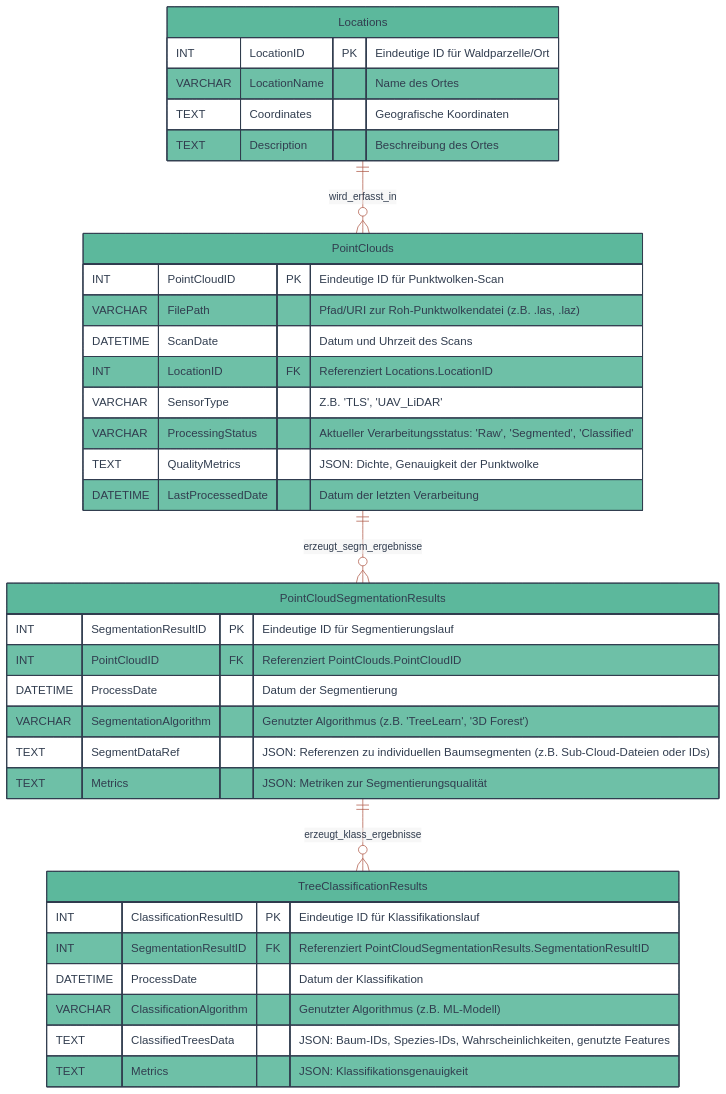
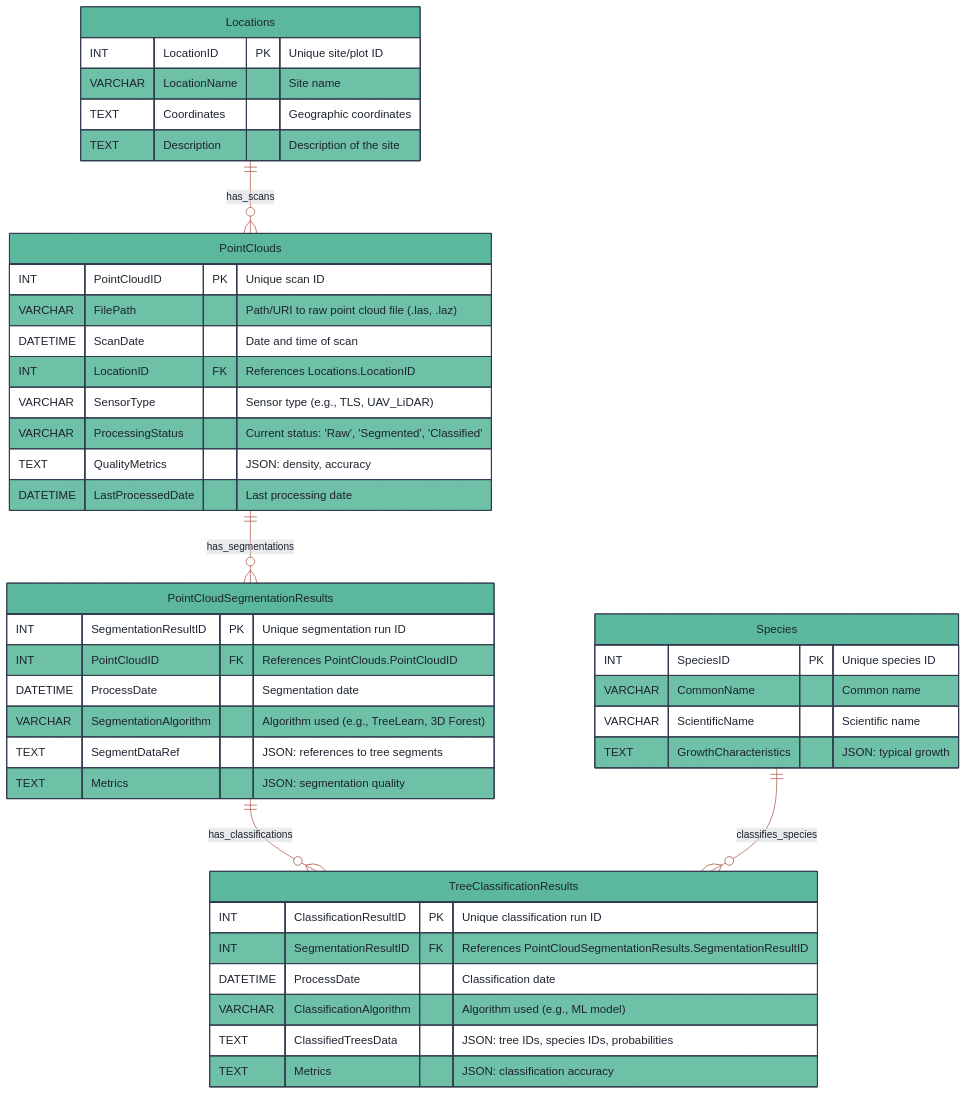
One commit to XRFutureForests/digital-twin-db changed the first of 3 diagrams in docs/database_design.md. Above: the diagram before and after it, drawn with Mermaid. The commit also changed other lines of this file, not shown here.

````diff
--- a/docs/database_design.md
+++ b/docs/database_design.md
@@ -9,61 +11,69 @@
 ```mermaid
 %%{
   init: {
     'theme': 'base',
     'themeVariables': {
       'background': '#FFFFFF',
       'fontFamily': 'verdana',
       'lineColor': '#ad5643',
       'primaryColor': '#5cb89c',
-      'primaryTextColor': '#313d4f',
+      'primaryTextColor': '#1d242f',
       'primaryBorderColor': '#313d4f',
-      'secondaryColor': '#ad5643',
-      'secondaryTextColor': '#F0F0F0',
+      'secondaryColor': '#d6aaa1',
+      'secondaryTextColor': '#1d242f',
       'secondaryBorderColor': '#ad5643',
-      'tertiaryColor': '#F0F0F0',
-      'tertiaryTextColor': '#000000',
+      'tertiaryColor': '#d5d8db',
+      'tertiaryTextColor': '#1d242f',
       'tertiaryBorderColor': '#313d4f'
     }
   }
 }%%
 erDiagram
     Locations {
-        INT LocationID PK "Eindeutige ID für Waldparzelle/Ort"
-        VARCHAR LocationName "Name des Ortes"
-        TEXT Coordinates "Geografische Koordinaten"
-        TEXT Description "Beschreibung des Ortes"
+        INT LocationID PK "Unique site/plot ID"
+        VARCHAR LocationName "Site name"
+        TEXT Coordinates "Geographic coordinates"
+        TEXT Description "Description of the site"
     }
 
     PointClouds {
-        INT PointCloudID PK "Eindeutige ID für Punktwolken-Scan"
-        VARCHAR FilePath "Pfad/URI zur Roh-Punktwolkendatei (z.B. .las, .laz)"
-        DATETIME ScanDate "Datum und Uhrzeit des Scans"
-        INT LocationID FK "Referenziert Locations.LocationID"
-        VARCHAR SensorType "Z.B. 'TLS', 'UAV_LiDAR'"
-        VARCHAR ProcessingStatus "Aktueller Verarbeitungsstatus: 'Raw', 'Segmented', 'Classified'"
-        TEXT QualityMetrics "JSON: Dichte, Genauigkeit der Punktwolke"
-        DATETIME LastProcessedDate "Datum der letzten Verarbeitung"
+        INT PointCloudID PK "Unique scan ID"
+        VARCHAR FilePath "Path/URI to raw point cloud file (.las, .laz)"
+        DATETIME ScanDate "Date and time of scan"
+        INT LocationID FK "References Locations.LocationID"
+        VARCHAR SensorType "Sensor type (e.g., TLS, UAV_LiDAR)"
+        VARCHAR ProcessingStatus "Current status: 'Raw', 'Segmented', 'Classified'"
+        TEXT QualityMetrics "JSON: density, accuracy"
+        DATETIME LastProcessedDate "Last processing date"
     }
 
     PointCloudSegmentationResults {
-        INT SegmentationResultID PK "Eindeutige ID für Segmentierungslauf"
-        INT PointCloudID FK "Referenziert PointClouds.PointCloudID"
-        DATETIME ProcessDate "Datum der Segmentierung"
-        VARCHAR SegmentationAlgorithm "Genutzter Algorithmus (z.B. 'TreeLearn', '3D Forest')"
-        TEXT SegmentDataRef "JSON: Referenzen zu individuellen Baumsegmenten (z.B. Sub-Cloud-Dateien oder IDs)"
-        TEXT Metrics "JSON: Metriken zur Segmentierungsqualität"
+        INT SegmentationResultID PK "Unique segmentation run ID"
+        INT PointCloudID FK "References PointClouds.PointCloudID"
+        DATETIME ProcessDate "Segmentation date"
+        VARCHAR SegmentationAlgorithm "Algorithm used (e.g., TreeLearn, 3D Forest)"
+        TEXT SegmentDataRef "JSON: references to tree segments"
+        TEXT Metrics "JSON: segmentation quality"
     }
 
     TreeClassificationResults {
-        INT ClassificationResultID PK "Eindeutige ID für Klassifikationslauf"
-        INT SegmentationResultID FK "Referenziert PointCloudSegmentationResults.SegmentationResultID"
-        DATETIME ProcessDate "Datum der Klassifikation"
-        VARCHAR ClassificationAlgorithm "Genutzter Algorithmus (z.B. ML-Modell)"
-        TEXT ClassifiedTreesData "JSON: Baum-IDs, Spezies-IDs, Wahrscheinlichkeiten, genutzte Features"
-        TEXT Metrics "JSON: Klassifikationsgenauigkeit"
+        INT ClassificationResultID PK "Unique classification run ID"
+        INT SegmentationResultID FK "References PointCloudSegmentationResults.SegmentationResultID"
+        DATETIME ProcessDate "Classification date"
+        VARCHAR ClassificationAlgorithm "Algorithm used (e.g., ML model)"
+        TEXT ClassifiedTreesData "JSON: tree IDs, species IDs, probabilities"
+        TEXT Metrics "JSON: classification accuracy"
     }
 
-    Locations ||--o{ PointClouds : wird_erfasst_in
-    PointClouds ||--o{ PointCloudSegmentationResults : erzeugt_segm_ergebnisse
-    PointCloudSegmentationResults ||--o{ TreeClassificationResults : erzeugt_klass_ergebnisse
+    Species {
+        INT SpeciesID PK "Unique species ID"
+        VARCHAR CommonName "Common name"
+        VARCHAR ScientificName "Scientific name"
+        TEXT GrowthCharacteristics "JSON: typical growth"
+    }
+
+    Locations ||--o{ PointClouds : has_scans
+    PointClouds ||--o{ PointCloudSegmentationResults : has_segmentations
+    PointCloudSegmentationResults ||--o{ TreeClassificationResults : has_classifications
+    Species ||--o{ TreeClassificationResults : classifies_species
 ```
````
